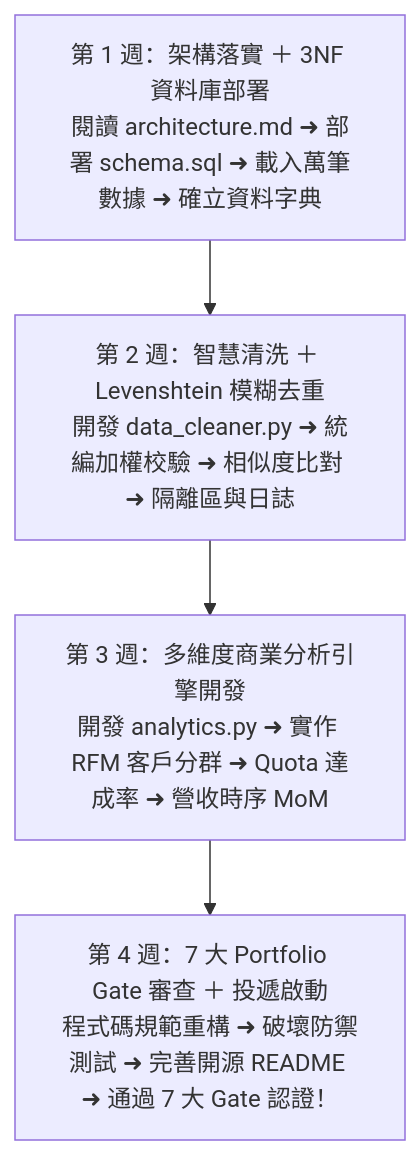
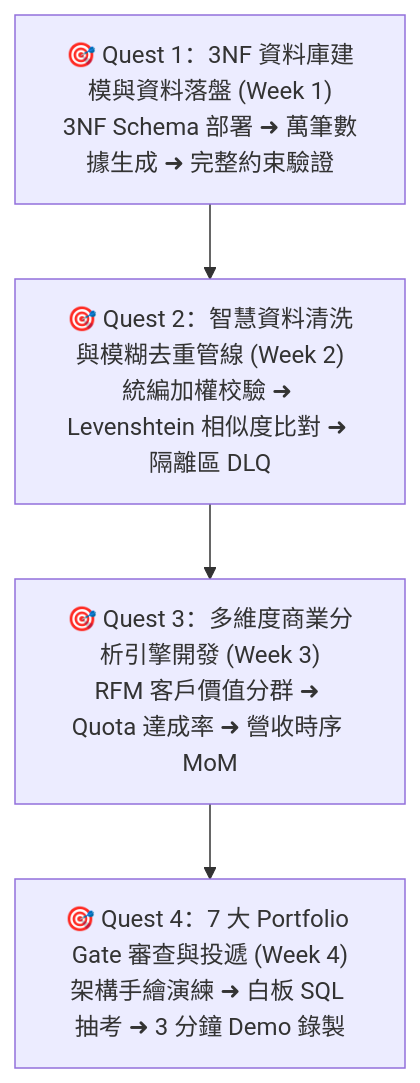
One commit to rosf000/B2B-SQL changed the diagram in 轉職計畫/08_Month08_旗艦主力專案_B2B客戶數據系統/README.md. Above: the diagram before and after it, drawn with Mermaid. The commit also changed other lines of this file and 38 other files, not shown here.

````diff
--- a/轉職計畫/08_Month08_旗艦主力專案_B2B客戶數據系統/README.md
+++ b/轉職計畫/08_Month08_旗艦主力專案_B2B客戶數據系統/README.md
@@ -10,9 +17,9 @@
 ```mermaid
 flowchart TD
-    S1["第 1 週：架構落實 ＋ 3NF 資料庫部署<br/>閱讀 architecture.md ➜ 部署 schema.sql ➜ 載入萬筆數據 ➜ 確立資料字典"]
-    S2["第 2 週：智慧清洗 ＋ Levenshtein 模糊去重<br/>開發 data_cleaner.py ➜ 統編加權校驗 ➜ 相似度比對 ➜ 隔離區與日誌"]
-    S3["第 3 週：多維度商業分析引擎開發<br/>開發 analytics.py ➜ 實作 RFM 客戶分群 ➜ Quota 達成率 ➜ 營收時序 MoM"]
-    S4["第 4 週：7 大 Portfolio Gate 審查 ＋ 投遞啟動<br/>程式碼規範重構 ➜ 破壞防禦測試 ➜ 完善開源 README ➜ 通過 7 大 Gate 認證！"]
+    Q1["🎯 Quest 1：3NF 資料庫建模與資料落盤 (Week 1)<br/>3NF Schema 部署 ➜ 萬筆數據生成 ➜ 完整約束驗證"]
+    Q2["🎯 Quest 2：智慧資料清洗與模糊去重管線 (Week 2)<br/>統編加權校驗 ➜ Levenshtein 相似度比對 ➜ 隔離區 DLQ"]
+    Q3["🎯 Quest 3：多維度商業分析引擎開發 (Week 3)<br/>RFM 客戶價值分群 ➜ Quota 達成率 ➜ 營收時序 MoM"]
+    Q4["🎯 Quest 4：7 大 Portfolio Gate 審查與投遞 (Week 4)<br/>架構手繪演練 ➜ 白板 SQL 抽考 ➜ 3 分鐘 Demo 錄製"]
 
-    S1 --> S2 --> S3 --> S4
+    Q1 --> Q2 --> Q3 --> Q4
 ```
````
